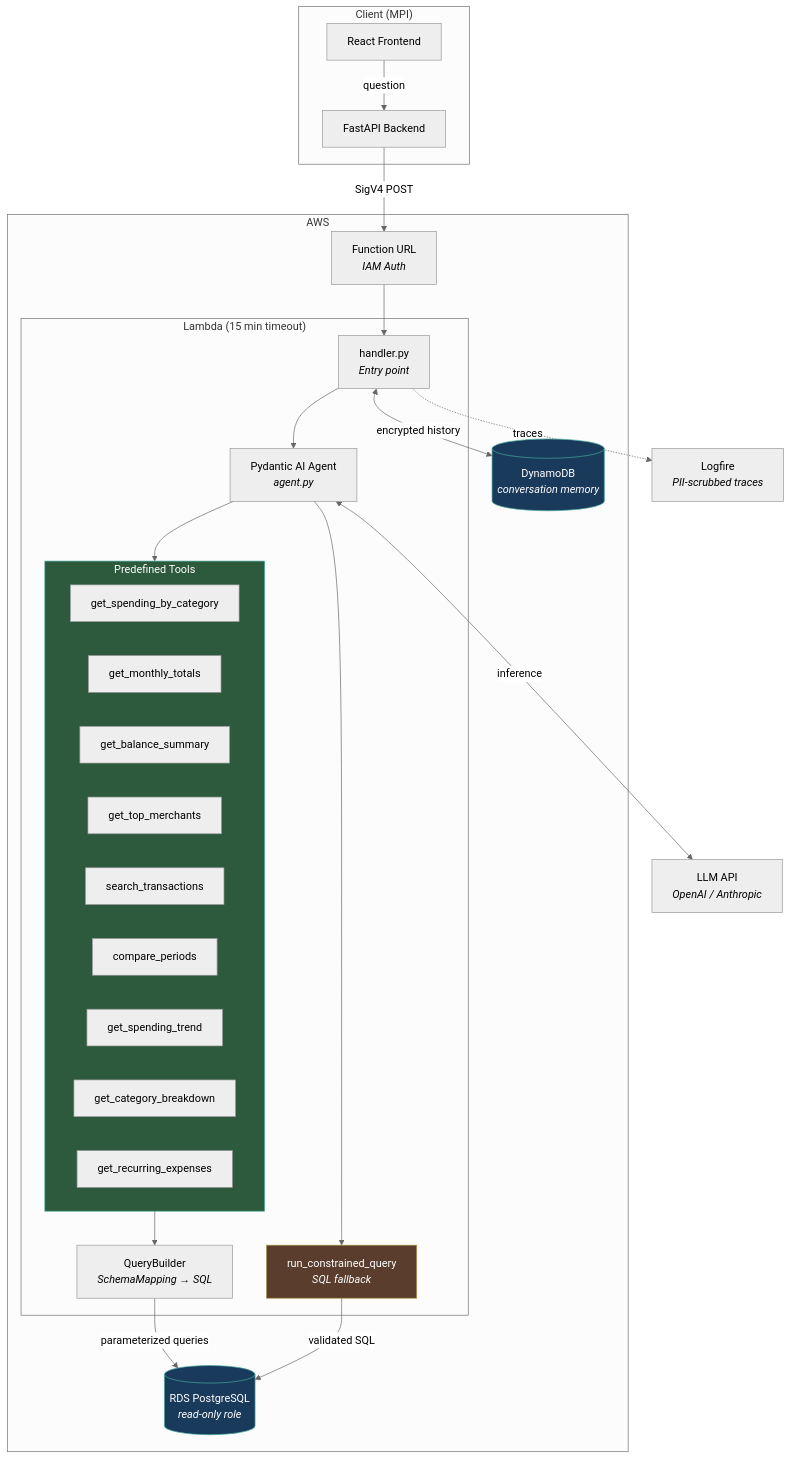
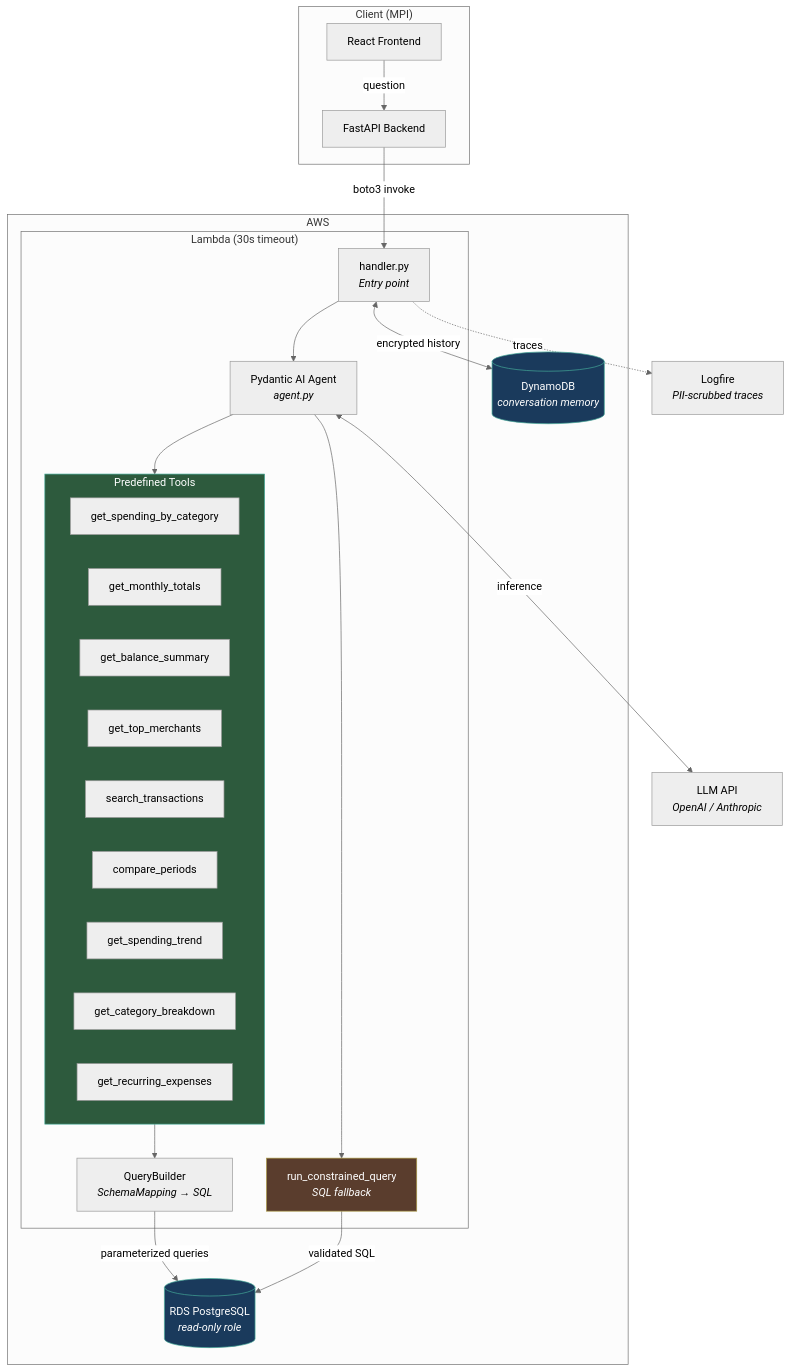
One commit to maxibove13/finance-query-agent changed the second of 7 diagrams in README.md. Above: the diagram before and after it, drawn with Mermaid (neutral theme). The commit also changed other lines of this file and 17 other files, not shown here.

First line of the commit message:
Remove Function URL, switch to Lambda-to-Lambda invocation (#3)

````diff
--- a/README.md
+++ b/README.md
@@ -40,57 +40,54 @@
 ```mermaid
 graph TB
     subgraph Client["Client (MPI)"]
         FE[React Frontend]
         BE[FastAPI Backend]
     end
 
     FE -->|question| BE
-    BE -->|SigV4 POST| FURL
+    BE -->|boto3 invoke| HANDLER
 
     subgraph AWS["AWS"]
-        FURL[Function URL<br/><i>IAM Auth</i>]
-        FURL --> HANDLER
-
-        subgraph Lambda["Lambda (15 min timeout)"]
+        subgraph Lambda["Lambda (30s timeout)"]
             HANDLER[handler.py<br/><i>Entry point</i>]
             HANDLER --> AGENT
             AGENT[Pydantic AI Agent<br/><i>agent.py</i>]
             AGENT --> TOOLS
             AGENT --> FALLBACK
 
             subgraph TOOLS["Predefined Tools"]
                 T1[get_spending_by_category]
                 T2[get_monthly_totals]
                 T3[get_balance_summary]
                 T4[get_top_merchants]
                 T5[search_transactions]
                 T6[compare_periods]
                 T7[get_spending_trend]
                 T8[get_category_breakdown]
                 T9[get_recurring_expenses]
             end
 
             FALLBACK[run_constrained_query<br/><i>SQL fallback</i>]
 
             QB[QueryBuilder<br/><i>SchemaMapping → SQL</i>]
             TOOLS --> QB
         end
 
         RDS[(RDS PostgreSQL<br/><i>read-only role</i>)]
         DDB[(DynamoDB<br/><i>conversation memory</i>)]
     end
 
     LLM_API[LLM API<br/><i>OpenAI / Anthropic</i>]
     LOGFIRE[Logfire<br/><i>PII-scrubbed traces</i>]
 
     QB -->|parameterized queries| RDS
     FALLBACK -->|validated SQL| RDS
     HANDLER <-->|encrypted history| DDB
     AGENT <-->|inference| LLM_API
     HANDLER -.->|traces| LOGFIRE
 
     style TOOLS fill:#2d5a3d,stroke:#4a9,color:#fff
     style FALLBACK fill:#5a3d2d,stroke:#a94,color:#fff
     style RDS fill:#1a3a5c,stroke:#4a9,color:#fff
     style DDB fill:#1a3a5c,stroke:#4a9,color:#fff
 ```
````
